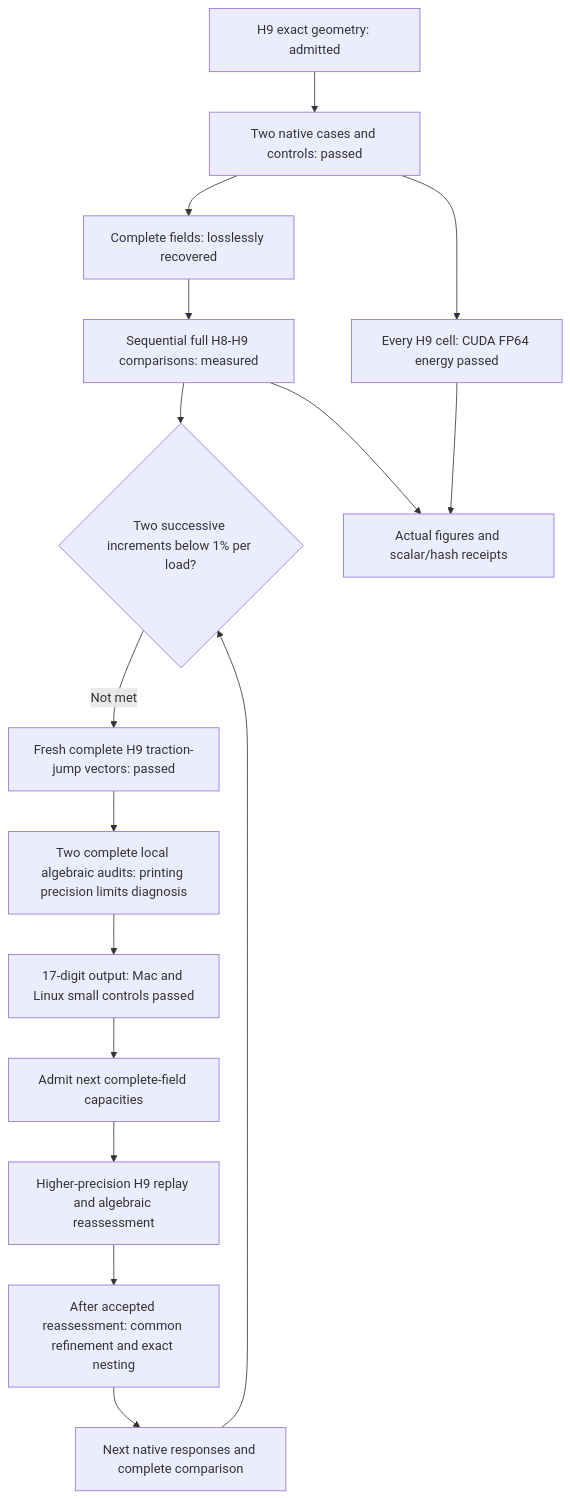
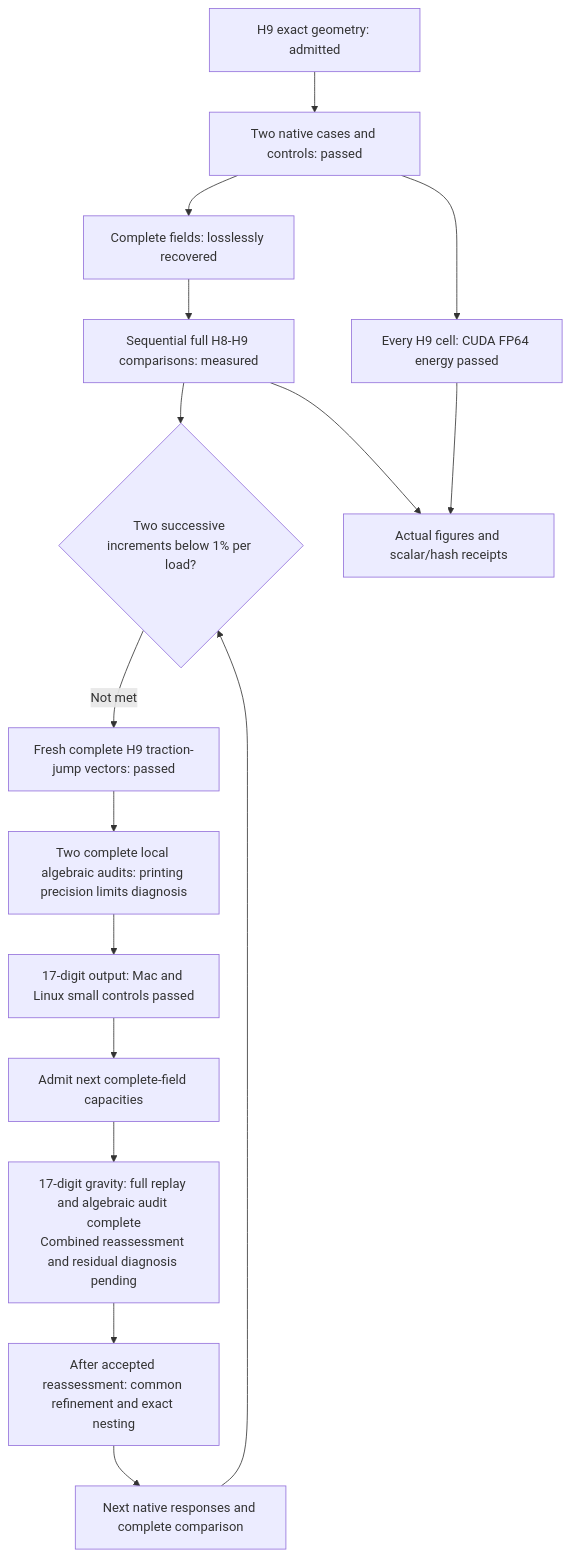
One commit to cluster2600/porscheparts changed the diagram in docs/reports/carrier-h9-native-results-20261107.md. Above: the diagram before and after it, drawn with Mermaid. The commit also changed other lines of this file and 3 other files, not shown here.

Commit message:
Document complete H9 gravity precision reassessment

````diff
--- a/docs/reports/carrier-h9-native-results-20261107.md
+++ b/docs/reports/carrier-h9-native-results-20261107.md
@@ -326,18 +371,18 @@
 ```mermaid
 flowchart TD
     G["H9 exact geometry: admitted"] --> N["Two native cases and controls: passed"]
     N --> R["Complete fields: losslessly recovered"]
     N --> GPU["Every H9 cell: CUDA FP64 energy passed"]
     R --> C["Sequential full H8-H9 comparisons: measured"]
     C --> S{"Two successive increments below 1% per load?"}
     S -->|"Not met"| M["Fresh complete H9 traction-jump vectors: passed"]
     M --> LOCAL["Two complete local algebraic audits: printing precision limits diagnosis"]
     LOCAL --> PRECISION["17-digit output: Mac and Linux small controls passed"]
     PRECISION --> CAP["Admit next complete-field capacities"]
-    CAP --> REPLAY["Higher-precision H9 replay and algebraic reassessment"]
+    CAP --> REPLAY["17-digit gravity: full replay and algebraic audit complete<br/>Combined reassessment and residual diagnosis pending"]
     REPLAY --> V["After accepted reassessment: common refinement and exact nesting"]
     V --> NEXT["Next native responses and complete comparison"]
     NEXT --> S
     C --> FIG["Actual figures and scalar/hash receipts"]
     GPU --> FIG
 ```
````
